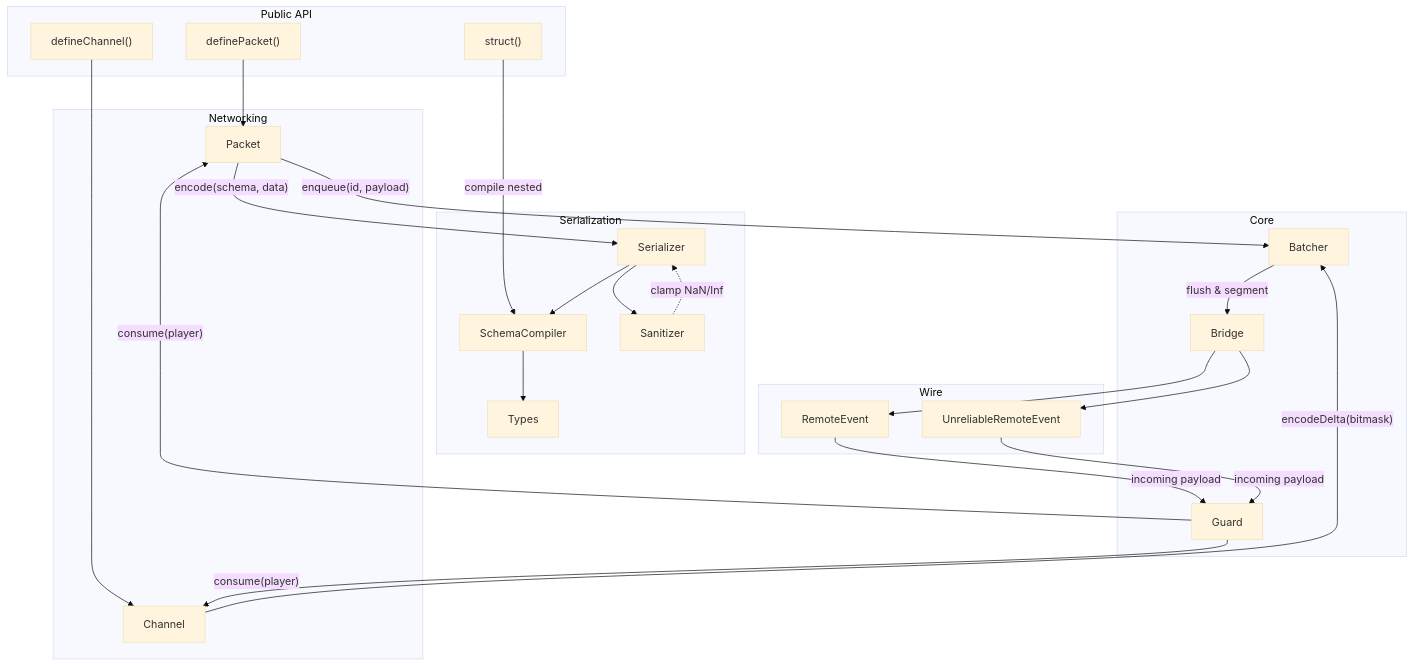
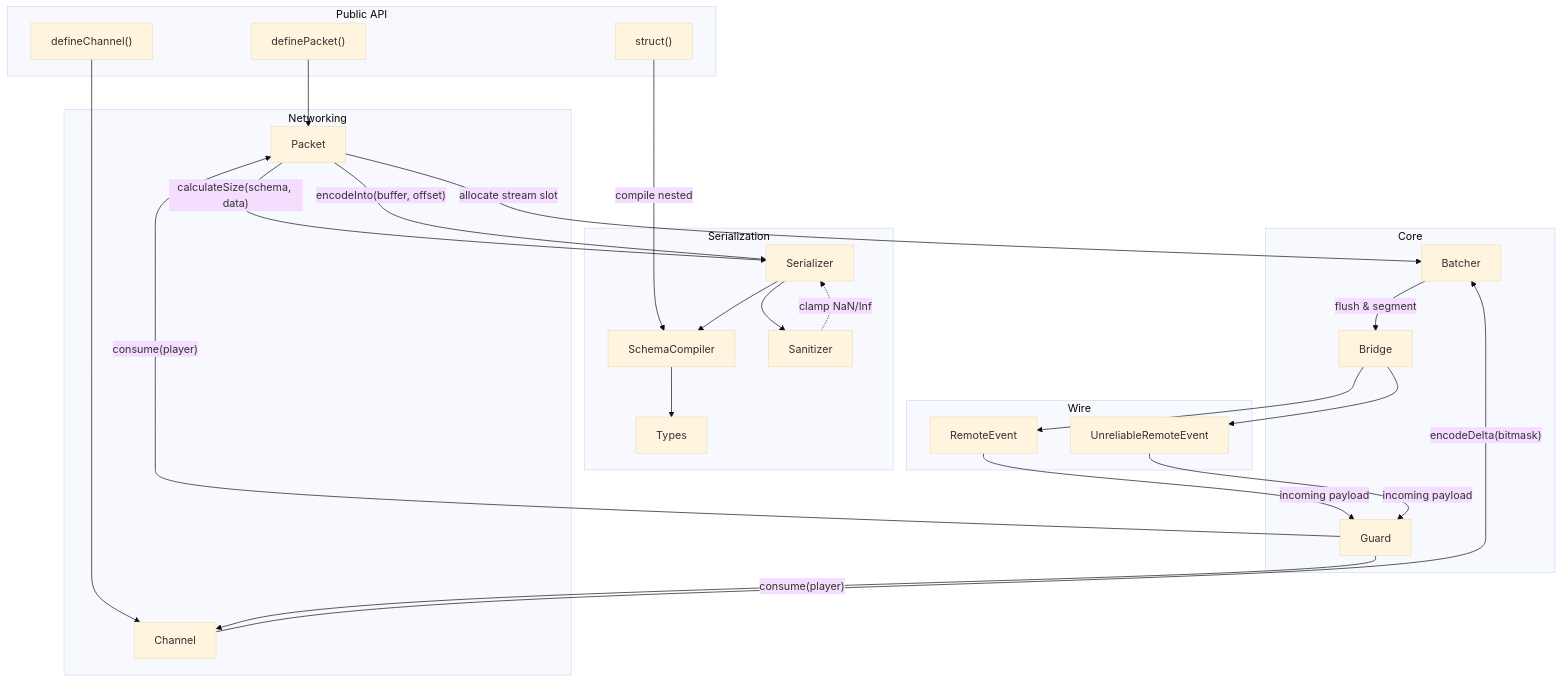
One commit to bookek/satset changed the diagram in README.md. Above: the diagram before and after it, drawn with Mermaid (base theme). The commit also changed other lines of this file and 22 other files, not shown here.

````diff
--- a/README.md
+++ b/README.md
@@ -80,56 +84,57 @@
 ```mermaid
 flowchart TB
     subgraph API["Public API"]
         DP["definePacket()"]
         DC["defineChannel()"]
         ST["struct()"]
     end
 
     subgraph Serialization
         SC["SchemaCompiler"]
         SR["Serializer"]
         SN["Sanitizer"]
         TP["Types"]
     end
 
     subgraph Core
         BT["Batcher"]
         GD["Guard"]
         BR["Bridge"]
     end
 
     subgraph Networking
         PK["Packet"]
         CH["Channel"]
     end
 
     subgraph Transport["Wire"]
         RE["RemoteEvent"]
         URE["UnreliableRemoteEvent"]
     end
 
     DP --> PK
     DC --> CH
 
-    PK -->|"encode(schema, data)"| SR
+    PK -->|"calculateSize(schema, data)"| SR
     ST -->|"compile nested"| SC
     SR --> SC
     SR --> SN
     SC --> TP
 
-    PK -->|"enqueue(id, payload)"| BT
+    PK -->|"allocate stream slot"| BT
+    PK -->|"encodeInto(buffer, offset)"| SR
     CH -->|"encodeDelta(bitmask)"| BT
 
     BT -->|"flush & segment"| BR
 
     BR --> RE
     BR --> URE
 
     RE -->|"incoming payload"| GD
     URE -->|"incoming payload"| GD
 
     GD -->|"consume(player)"| PK
     GD -->|"consume(player)"| CH
 
     SN -.->|"clamp NaN/Inf"| SR
 ```
````
